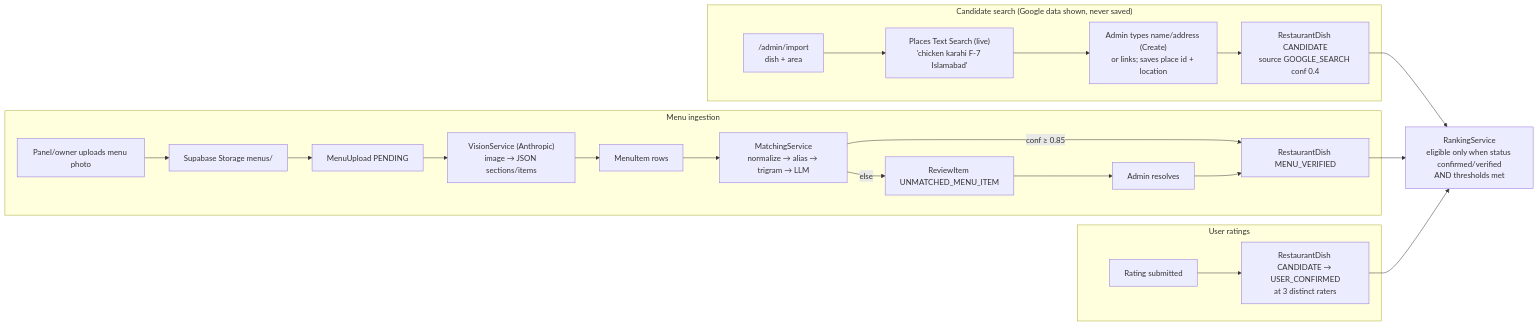
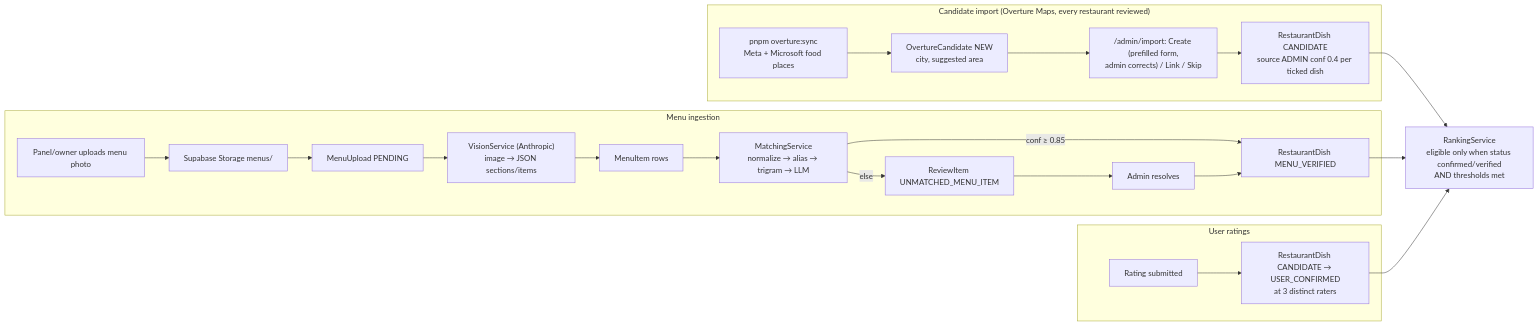
Before and after one commit to JawadSarfraz/dishrank: the diagram in docs/diagrams/seeding-and-menu-pipelines.mmd, drawn with Mermaid. The commit also changed 19 other files, not shown here.

```diff
--- a/docs/diagrams/seeding-and-menu-pipelines.mmd
+++ b/docs/diagrams/seeding-and-menu-pipelines.mmd
@@ -1,22 +1,22 @@
 flowchart LR
-  subgraph Seed["Candidate search (Google data shown, never saved)"]
-    S["/admin/import<br/>dish + area"] --> Q["Places Text Search (live)<br/>'chicken karahi F-7 Islamabad'"]
-    Q --> Imp["Admin types name/address (Create)<br/>or links; saves place id + location"]
-    Imp --> RD0["RestaurantDish CANDIDATE<br/>source GOOGLE_SEARCH conf 0.4"]
+  subgraph Seed["Candidate import (Overture Maps, every restaurant reviewed)"]
+    S["pnpm overture:sync<br/>Meta + Microsoft food places"] --> Q["OvertureCandidate NEW<br/>city, suggested area"]
+    Q --> Imp["/admin/import: Create (prefilled form,<br/>admin corrects) / Link / Skip"]
+    Imp --> RD0["RestaurantDish CANDIDATE<br/>source ADMIN conf 0.4 per ticked dish"]
   end
   subgraph Menu["Menu ingestion"]
     Up["Panel/owner uploads menu photo"] --> ST["Supabase Storage menus/"]
     ST --> MU["MenuUpload PENDING"]
     MU --> V["VisionService (Anthropic)<br/>image → JSON sections/items"]
     V --> MI["MenuItem rows"]
     MI --> M["MatchingService<br/>normalize → alias → trigram → LLM"]
     M -->|conf ≥ 0.85| RDV["RestaurantDish MENU_VERIFIED"]
     M -->|else| RQ["ReviewItem UNMATCHED_MENU_ITEM"]
     RQ --> Adm["Admin resolves"] --> RDV
   end
   subgraph Users["User ratings"]
     Rt["Rating submitted"] --> RDU["RestaurantDish CANDIDATE → USER_CONFIRMED<br/>at 3 distinct raters"]
   end
   RD0 --> Rank["RankingService<br/>eligible only when status confirmed/verified<br/>AND thresholds met"]
   RDV --> Rank
   RDU --> Rank
```
